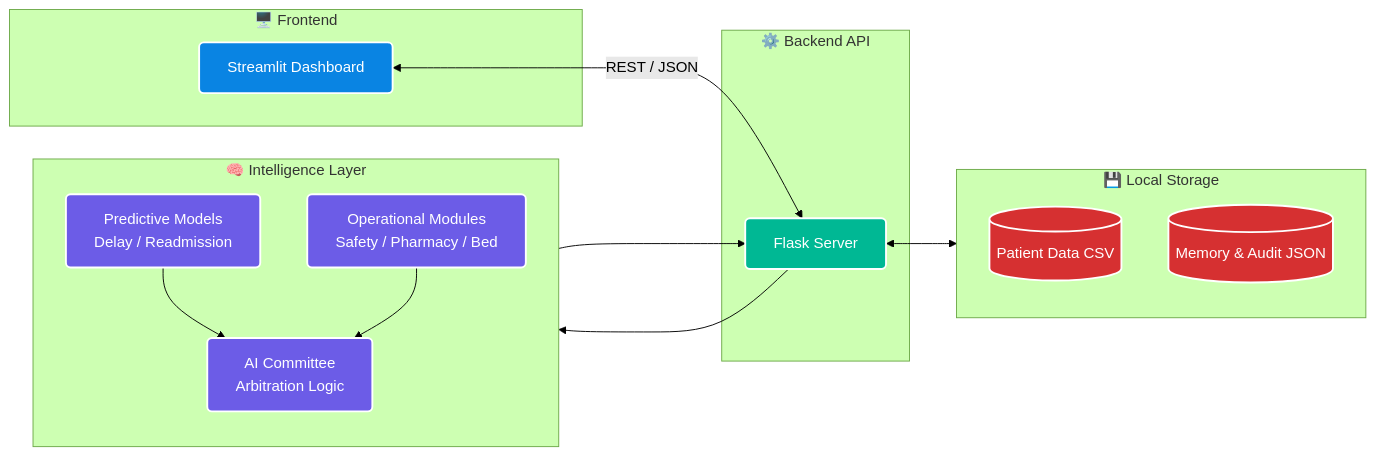
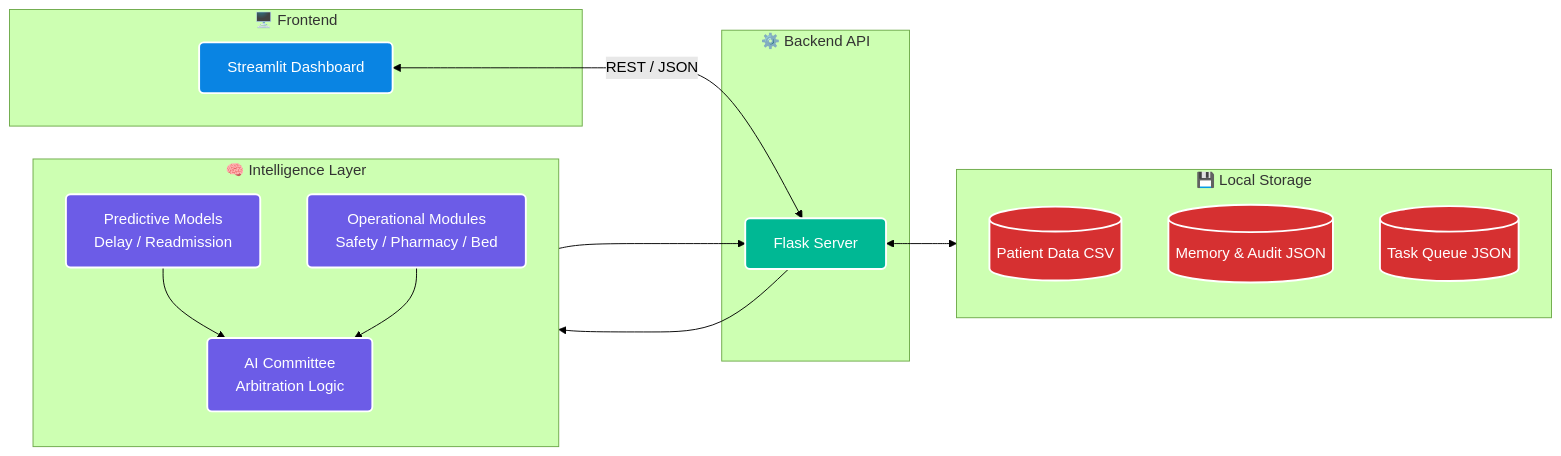
Before and after one commit to draculess99/BedFlow_AI: the first of 4 diagrams in README.md, drawn with Mermaid (forest theme). The commit also changed other lines of this file and 47 other files, not shown here.

````diff
--- a/README.md
+++ b/README.md
@@ -44,36 +125,37 @@
 ```mermaid
 flowchart LR
     classDef ui fill:#0984e3,stroke:#fff,color:#fff,stroke-width:2px,rx:5px,ry:5px
     classDef api fill:#00b894,stroke:#fff,color:#fff,stroke-width:2px,rx:5px,ry:5px
     classDef engine fill:#6c5ce7,stroke:#fff,color:#fff,stroke-width:2px,rx:5px,ry:5px
     classDef store fill:#d63031,stroke:#fff,color:#fff,stroke-width:2px,rx:5px,ry:5px
 
     subgraph Presentation ["🖥️ Frontend"]
         UI[Streamlit Dashboard]:::ui
     end
 
     subgraph Gateway ["⚙️ Backend API"]
         API[Flask Server]:::api
     end
 
     subgraph Intelligence ["🧠 Intelligence Layer"]
         direction TB
         ML[Predictive Models\nDelay / Readmission]:::engine
         Rules[Operational Modules\nSafety / Pharmacy / Bed]:::engine
         Arb[AI Committee\nArbitration Logic]:::engine
         
         ML --> Arb
         Rules --> Arb
     end
 
     subgraph Persistence ["💾 Local Storage"]
         direction TB
         DB1[(Patient Data CSV)]:::store
         DB2[(Memory & Audit JSON)]:::store
+        DB3[(Task Queue JSON)]:::store
     end
 
     UI <-->|REST / JSON| API
     API --> Intelligence
     Intelligence --> API
     API <--> Persistence
 ```
````
